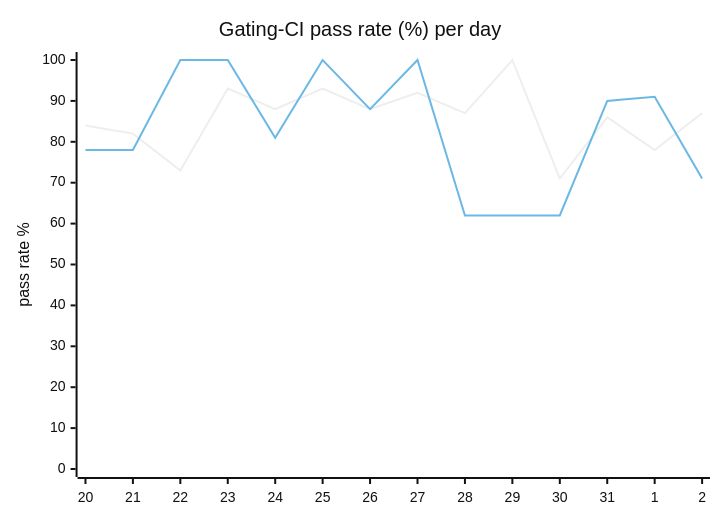
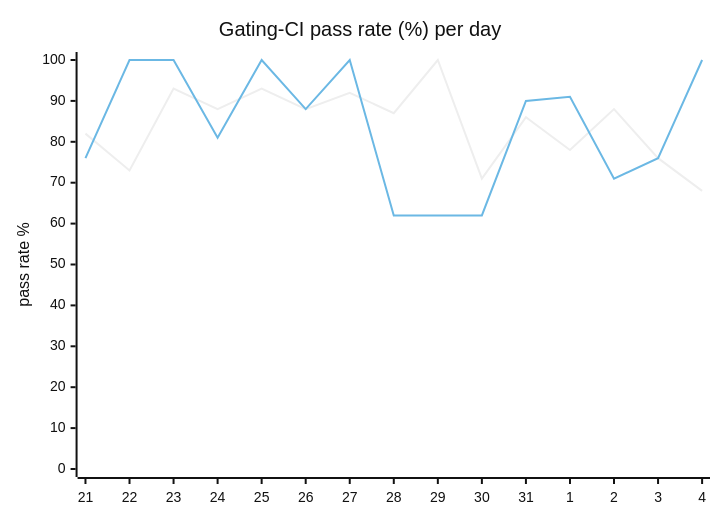
Before and after one commit to hatchet-dev/hatchet: the diagram in hack/ci/ci-dashboard/staging/issue.md, drawn with Mermaid (neutral theme). The commit also changed other lines of this file, not shown here.

````diff
--- a/hack/ci/ci-dashboard/staging/issue.md
+++ b/hack/ci/ci-dashboard/staging/issue.md
@@ -9,8 +9,8 @@
 ```mermaid
 xychart-beta
   title "Gating-CI pass rate (%) per day"
-  x-axis [20, 21, 22, 23, 24, 25, 26, 27, 28, 29, 30, 31, 1, 2]
+  x-axis [21, 22, 23, 24, 25, 26, 27, 28, 29, 30, 31, 1, 2, 3, 4]
   y-axis "pass rate %" 0 --> 100
-  line "CI" [84, 82, 73, 93, 88, 93, 88, 92, 87, 100, 71, 86, 78, 87]
-  line "main" [78, 78, 100, 100, 81, 100, 88, 100, 62, 62, 62, 90, 91, 71]
+  line "CI" [82, 73, 93, 88, 93, 88, 92, 87, 100, 71, 86, 78, 88, 76, 68]
+  line "main" [76, 100, 100, 81, 100, 88, 100, 62, 62, 62, 90, 91, 71, 76, 100]
 ```
````
